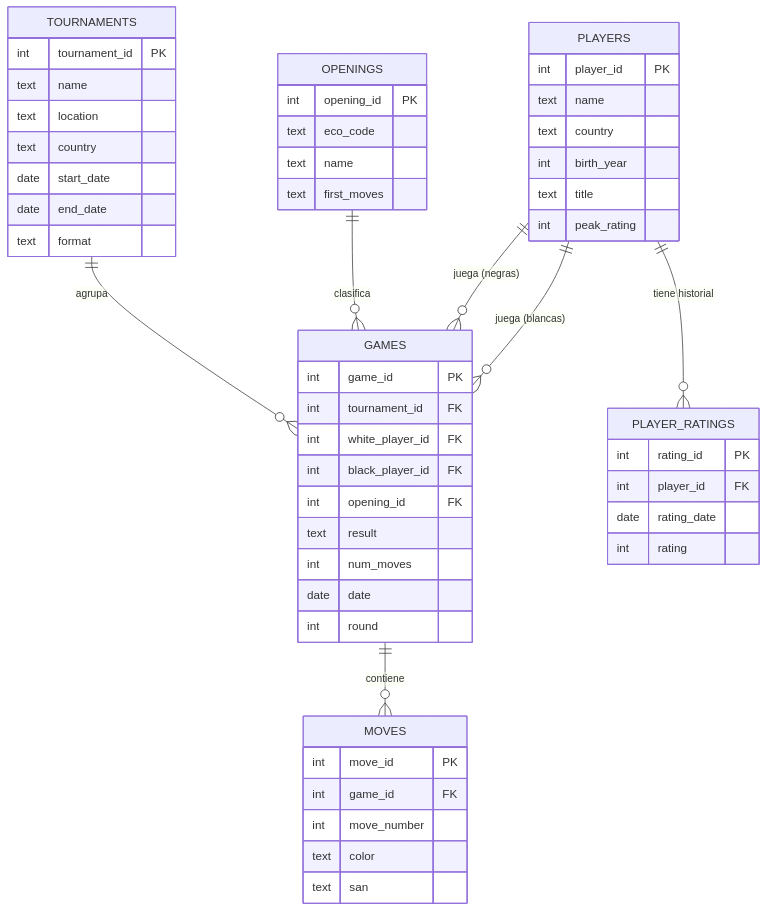
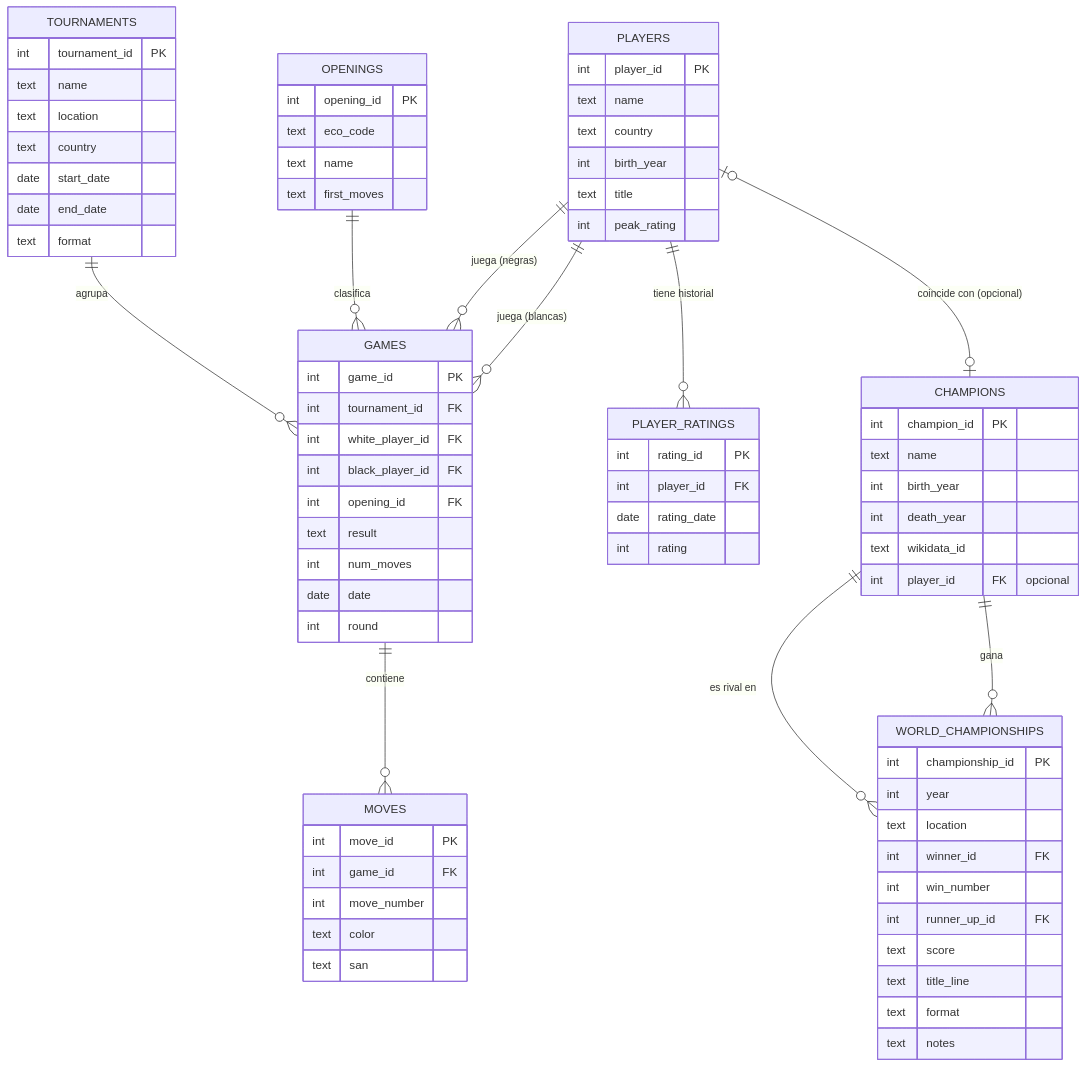
Before and after one commit to lautihevia/chess-sql-ai-agent: the diagram in docs/data/data-model.md, drawn with Mermaid. The commit also changed other lines of this file and 3 other files, not shown here.

````diff
--- a/docs/data/data-model.md
+++ b/docs/data/data-model.md
@@ -8,57 +9,80 @@
 ```mermaid
 erDiagram
     PLAYERS ||--o{ GAMES : "juega (blancas)"
     PLAYERS ||--o{ GAMES : "juega (negras)"
     PLAYERS ||--o{ PLAYER_RATINGS : "tiene historial"
     OPENINGS ||--o{ GAMES : "clasifica"
     TOURNAMENTS ||--o{ GAMES : "agrupa"
     GAMES ||--o{ MOVES : "contiene"
+    CHAMPIONS ||--o{ WORLD_CHAMPIONSHIPS : "gana"
+    CHAMPIONS ||--o{ WORLD_CHAMPIONSHIPS : "es rival en"
+    PLAYERS |o--o| CHAMPIONS : "coincide con (opcional)"
 
     PLAYERS {
         int player_id PK
         text name
         text country
         int birth_year
         text title
         int peak_rating
     }
     OPENINGS {
         int opening_id PK
         text eco_code
         text name
         text first_moves
     }
     TOURNAMENTS {
         int tournament_id PK
         text name
         text location
         text country
         date start_date
         date end_date
         text format
     }
     GAMES {
         int game_id PK
         int tournament_id FK
         int white_player_id FK
         int black_player_id FK
         int opening_id FK
         text result
         int num_moves
         date date
         int round
     }
     MOVES {
         int move_id PK
         int game_id FK
         int move_number
         text color
         text san
     }
     PLAYER_RATINGS {
         int rating_id PK
         int player_id FK
         date rating_date
         int rating
     }
+    CHAMPIONS {
+        int champion_id PK
+        text name
+        int birth_year
+        int death_year
+        text wikidata_id
+        int player_id FK "opcional"
+    }
+    WORLD_CHAMPIONSHIPS {
+        int championship_id PK
+        int year
+        text location
+        int winner_id FK
+        int win_number
+        int runner_up_id FK
+        text score
+        text title_line
+        text format
+        text notes
+    }
 ```
````
